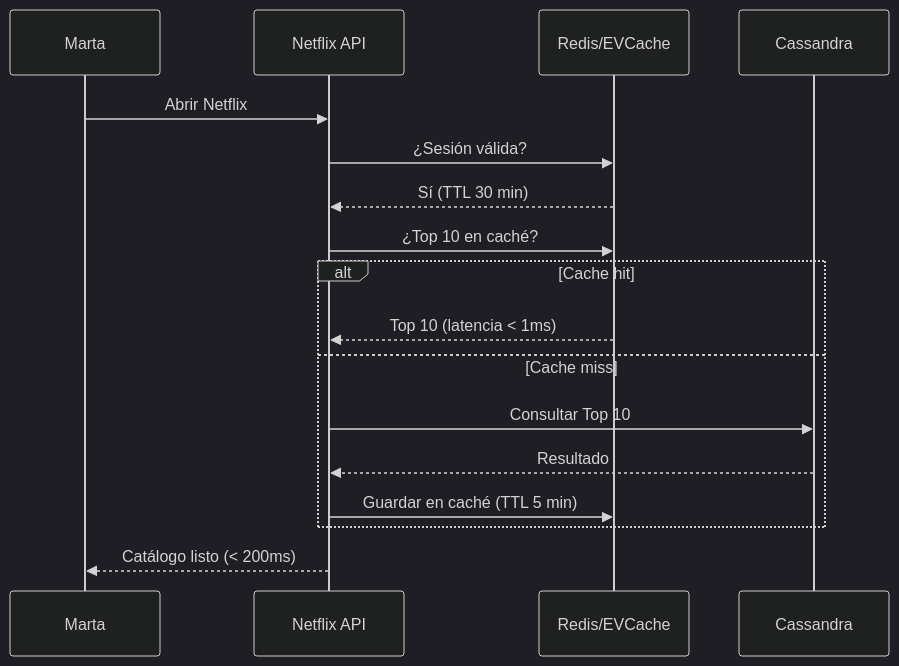
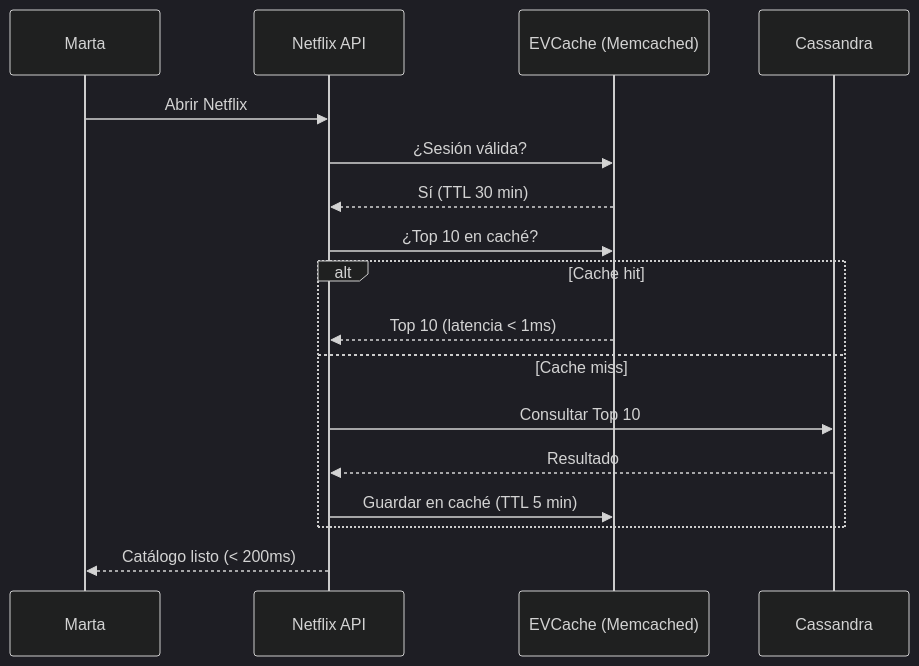
Before and after one commit to joseluisgs/joseluisgs: the seventh of 10 diagrams in web/src/posts/2026/2026-08-24-netflix-arquitectura-datos.md, drawn with Mermaid (dark theme). The commit also changed other lines of this file, not shown here.

Commit message:
feat: actualizar artículo sobre la arquitectura de datos de Netflix, reemplazando Redis por EVCache y añadiendo nuevas tecnologías de base de datos

````diff
--- a/web/src/posts/2026/2026-08-24-netflix-arquitectura-datos.md
+++ b/web/src/posts/2026/2026-08-24-netflix-arquitectura-datos.md
@@ -314,19 +322,19 @@
 ```mermaid
 sequenceDiagram
     participant M as Marta
     participant API as Netflix API
-    participant R as Redis/EVCache
+    participant EV as EVCache (Memcached)
     participant C as Cassandra
     M->>API: Abrir Netflix
-    API->>R: ¿Sesión válida?
-    R-->>API: Sí (TTL 30 min)
-    API->>R: ¿Top 10 en caché?
+    API->>EV: ¿Sesión válida?
+    EV-->>API: Sí (TTL 30 min)
+    API->>EV: ¿Top 10 en caché?
     alt Cache hit
-        R-->>API: Top 10 (latencia < 1ms)
+        EV-->>API: Top 10 (latencia < 1ms)
     else Cache miss
         API->>C: Consultar Top 10
         C-->>API: Resultado
-        API->>R: Guardar en caché (TTL 5 min)
+        API->>EV: Guardar en caché (TTL 5 min)
     end
     API-->>M: Catálogo listo (< 200ms)
 ```
````
